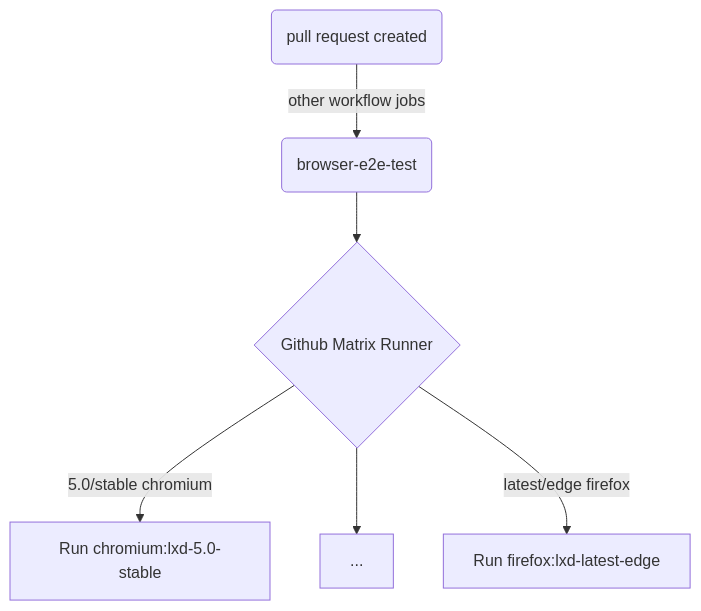
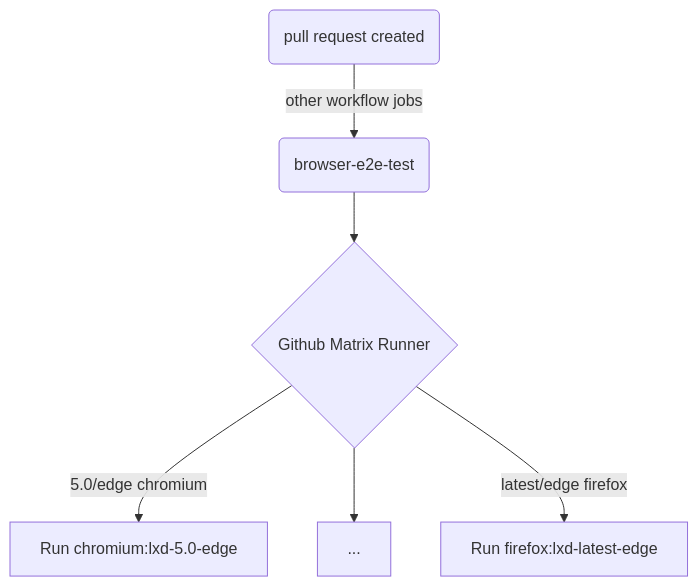
One commit to canonical/lxd-ui changed the fourth of 4 diagrams in ARCHITECTURE.MD. Above: the diagram before and after it, drawn with Mermaid. The commit also changed other lines of this file, not shown here.

Commit message:
ARCHITECTURE: update for changes to CI on PRs

````diff
--- a/ARCHITECTURE.MD
+++ b/ARCHITECTURE.MD
@@ -64,8 +66,8 @@
 ```mermaid
     flowchart TD
     A(pull request created) -->|other workflow jobs| B(browser-e2e-test)
     B --> C{Github Matrix Runner}
-    C -->|5.0/stable chromium| D[Run chromium:lxd-5.0-stable]
+    C -->|5.0/edge chromium| D[Run chromium:lxd-5.0-edge]
     C --> E[...]
     C -->|latest/edge firefox| F[Run firefox:lxd-latest-edge]
 ```
````
